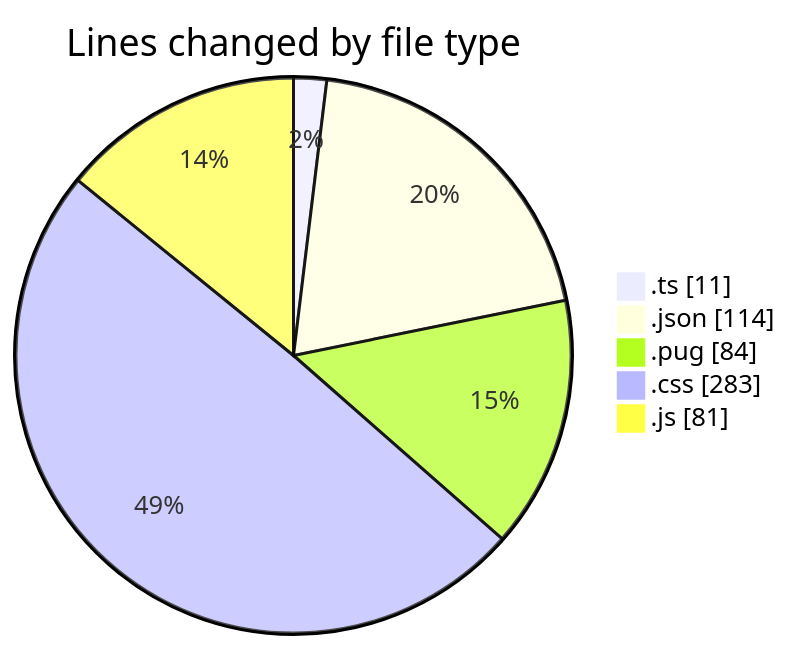
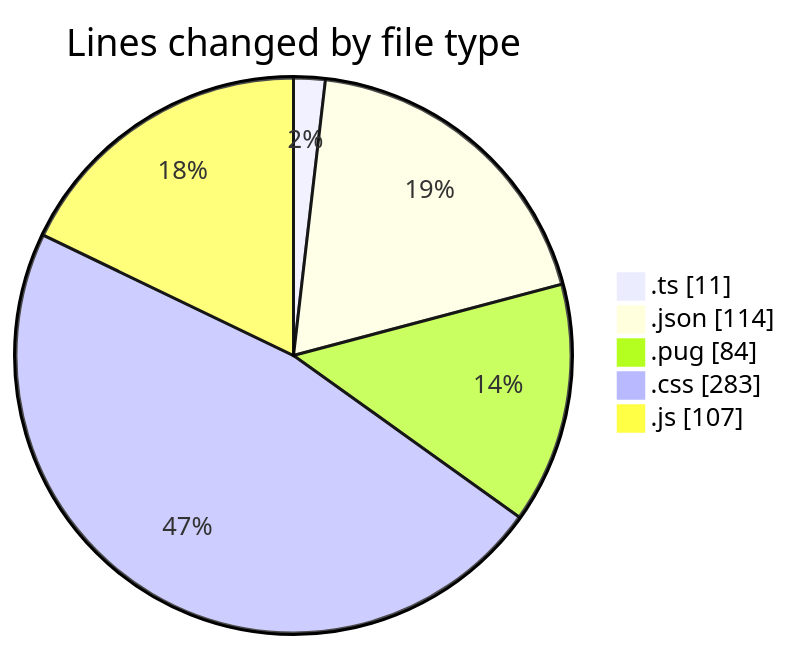
One commit to momahboobian/code-tracking changed the first of 2 diagrams in 2025-02-24/cda/README.md. Above: the diagram before and after it, drawn with Mermaid. The commit also changed other lines of this file and 1 other file, not shown here.

````diff
--- a/2025-02-24/cda/README.md
+++ b/2025-02-24/cda/README.md
@@ -29,9 +29,9 @@
 ```mermaid
 pie showData
 title Lines changed by file type
 ".ts" : 11
 ".json" : 114
 ".pug" : 84
 ".css" : 283
-".js" : 81
+".js" : 107
 ```
````
